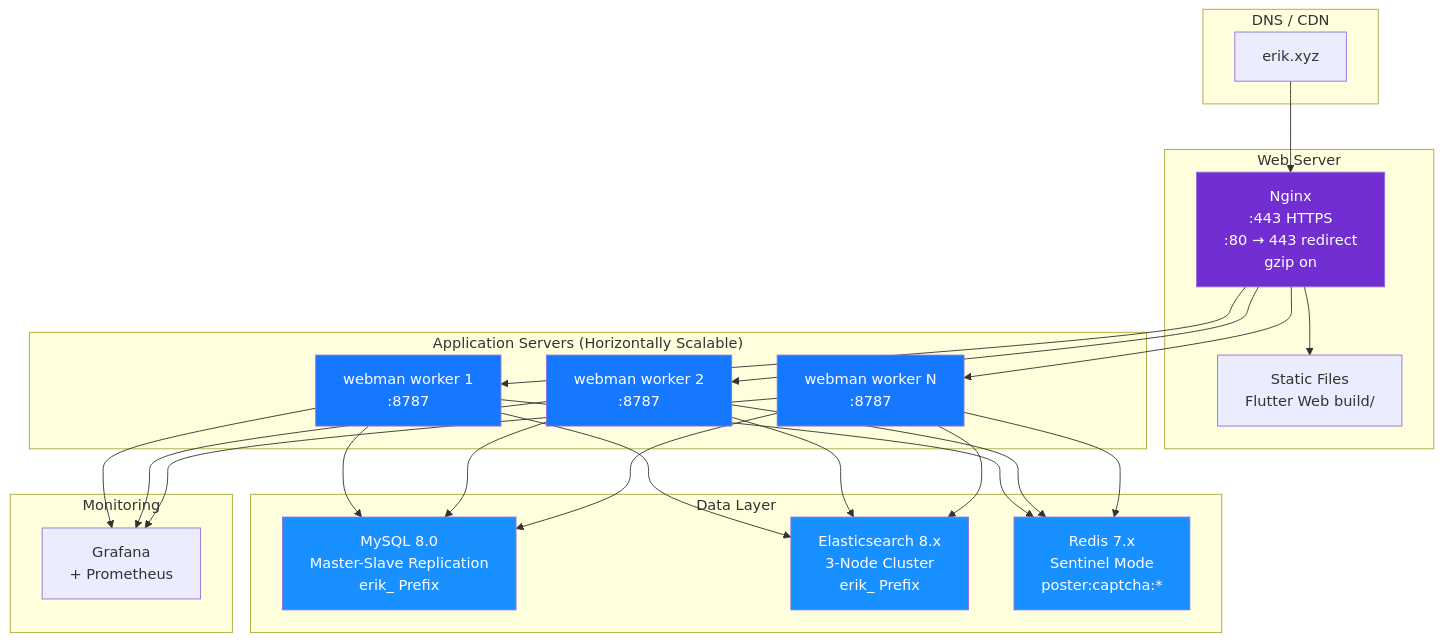
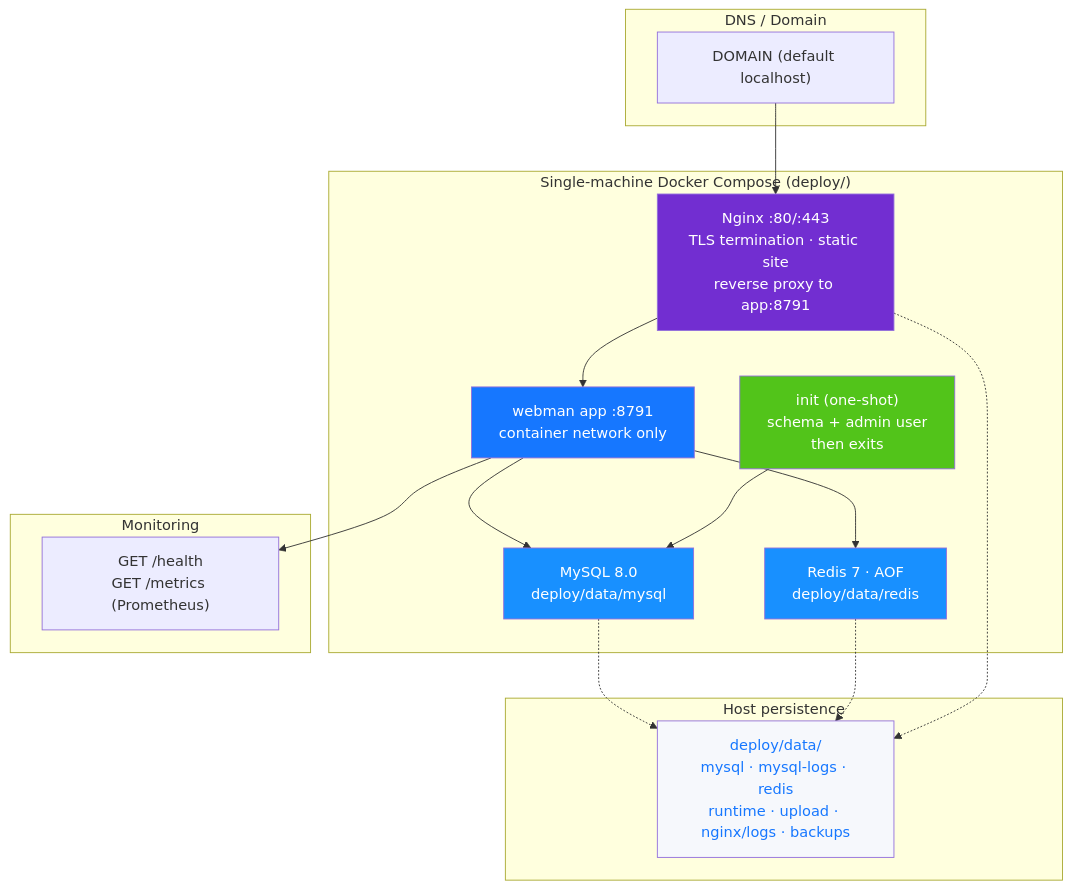
Before and after one commit to erikwang2013/open-admin: diagram 14 of 14 in docs/ARCHITECTURE.en.md, drawn with Mermaid. The commit also changed other lines of this file and 465 other files, not shown here.

````diff
--- a/docs/ARCHITECTURE.en.md
+++ b/docs/ARCHITECTURE.en.md
@@ -642,43 +636,39 @@
 ```mermaid
 flowchart TB
-    subgraph "DNS / CDN"
-        DNS["erik.xyz"]
+    subgraph "DNS / Domain"
+        DNS["DOMAIN (default localhost)"]
     end
 
-    subgraph "Web Server"
-        NGX["Nginx<br/>:443 HTTPS<br/>:80 → 443 redirect<br/>gzip on"]
-        STA["Static Files<br/>Flutter Web build/"]
+    subgraph "Single-machine Docker Compose (deploy/)"
+        NGX["Nginx :80/:443<br/>TLS termination · static site<br/>reverse proxy to app:8791"]
+        WM["webman app :8791<br/>container network only"]
+        INIT["init (one-shot)<br/>schema + admin user<br/>then exits"]
+        MYSQL["MySQL 8.0<br/>deploy/data/mysql"]
+        REDIS["Redis 7 · AOF<br/>deploy/data/redis"]
     end
 
-    subgraph "Application Servers (Horizontally Scalable)"
-        WM1["webman worker 1<br/>:8787"]
-        WM2["webman worker 2<br/>:8787"]
-        WM3["webman worker N<br/>:8787"]
-    end
-
-    subgraph "Data Layer"
-        MYSQL["MySQL 8.0<br/>Master-Slave Replication<br/>erik_ Prefix"]
-        ES["Elasticsearch 8.x<br/>3-Node Cluster<br/>erik_ Prefix"]
-        REDIS["Redis 7.x<br/>Sentinel Mode<br/>poster:captcha:*"]
+    subgraph "Host persistence"
+        DATA["deploy/data/<br/>mysql · mysql-logs · redis<br/>runtime · upload · nginx/logs · backups"]
     end
 
     subgraph "Monitoring"
-        MON["Grafana<br/>+ Prometheus"]
+        MON["GET /health<br/>GET /metrics (Prometheus)"]
     end
 
     DNS --> NGX
-    NGX --> STA
-    NGX --> WM1 & WM2 & WM3
-    WM1 & WM2 & WM3 --> MYSQL
-    WM1 & WM2 & WM3 --> ES
-    WM1 & WM2 & WM3 --> REDIS
-    WM1 & WM2 & WM3 --> MON
+    NGX --> WM
+    WM --> MYSQL
+    WM --> REDIS
+    INIT --> MYSQL
+    MYSQL -.-> DATA
+    REDIS -.-> DATA
+    NGX -.-> DATA
+    WM --> MON
 
     style NGX fill:#722ED1,color:#fff
-    style WM1 fill:#1677FF,color:#fff
-    style WM2 fill:#1677FF,color:#fff
-    style WM3 fill:#1677FF,color:#fff
+    style WM fill:#1677FF,color:#fff
+    style INIT fill:#52C41A,color:#fff
     style MYSQL fill:#1890FF,color:#fff
-    style ES fill:#1890FF,color:#fff
     style REDIS fill:#1890FF,color:#fff
+    style DATA fill:#F6F8FC,color:#1677FF
 ```
````
